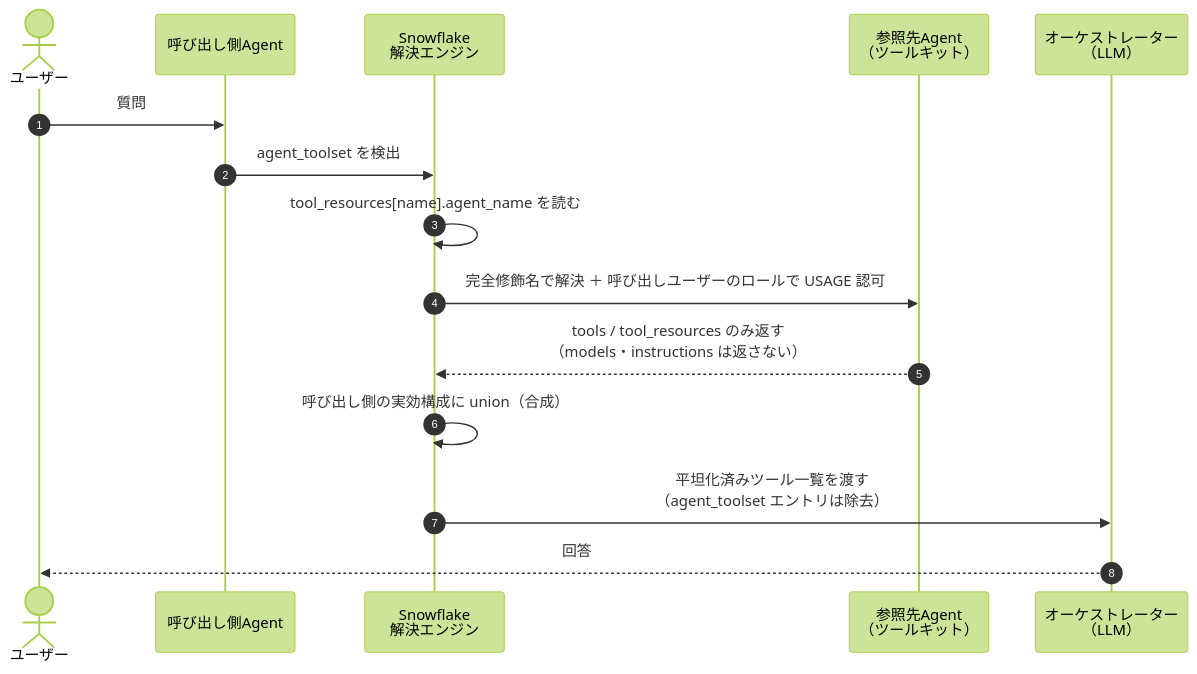
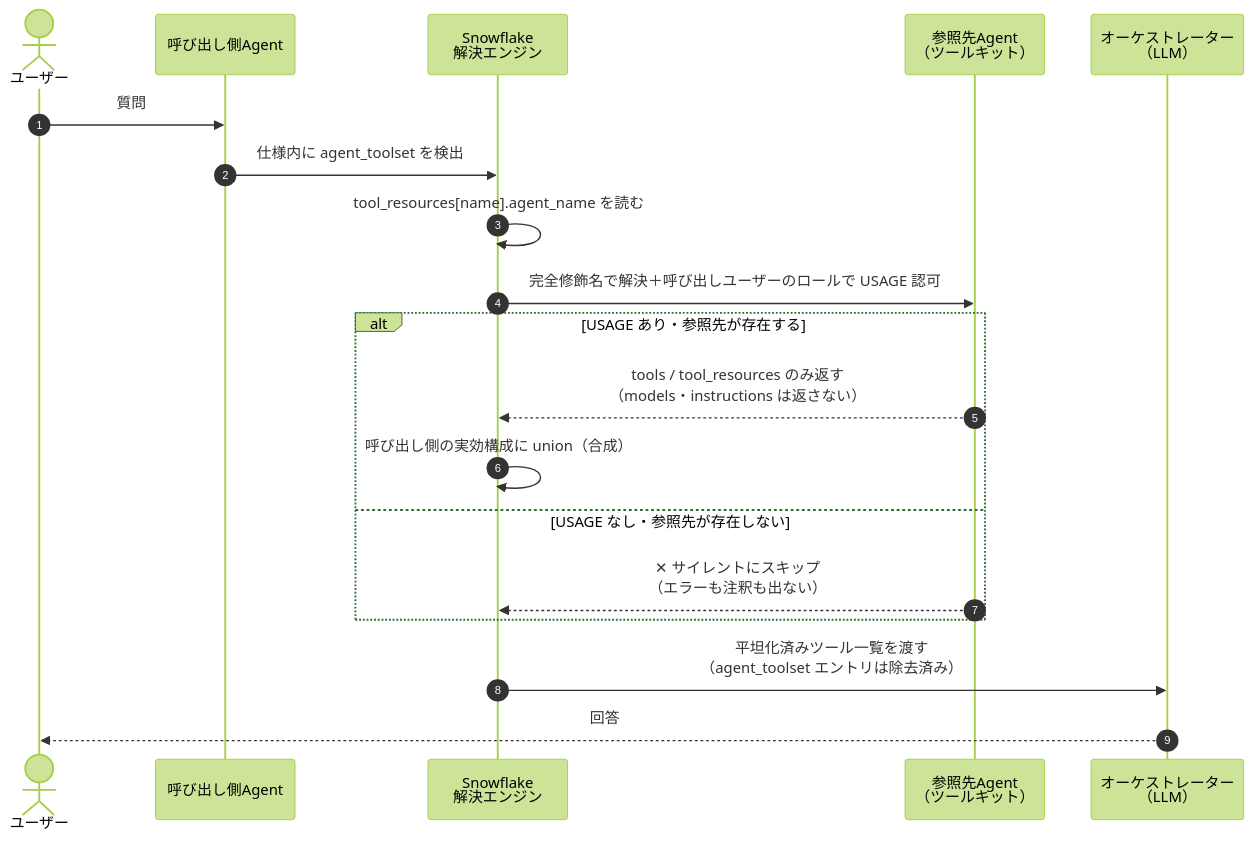
One commit to novexar/novexar-memo changed the fourth of 9 diagrams in snowflake-cortex-learning-guide.md. Above: the diagram before and after it, drawn with Mermaid (forest theme). The commit also changed other lines of this file, not shown here.

````diff
--- a/snowflake-cortex-learning-guide.md
+++ b/snowflake-cortex-learning-guide.md
@@ -667,18 +727,22 @@
 ```mermaid
 sequenceDiagram
     autonumber
     actor U as ユーザー
     participant CA as 呼び出し側Agent
     participant SF as Snowflake<br/>解決エンジン
     participant RA as 参照先Agent<br/>（ツールキット）
     participant OR as オーケストレーター<br/>（LLM）
 
     U->>CA: 質問
-    CA->>SF: agent_toolset を検出
+    CA->>SF: 仕様内に agent_toolset を検出
     SF->>SF: tool_resources[name].agent_name を読む
-    SF->>RA: 完全修飾名で解決 ＋ 呼び出しユーザーのロールで USAGE 認可
-    RA-->>SF: tools / tool_resources のみ返す<br/>（models・instructions は返さない）
-    SF->>SF: 呼び出し側の実効構成に union（合成）
-    SF->>OR: 平坦化済みツール一覧を渡す<br/>（agent_toolset エントリは除去）
+    SF->>RA: 完全修飾名で解決＋呼び出しユーザーのロールで USAGE 認可
+    alt USAGE あり・参照先が存在する
+        RA-->>SF: tools / tool_resources のみ返す<br/>（models・instructions は返さない）
+        SF->>SF: 呼び出し側の実効構成に union（合成）
+    else USAGE なし・参照先が存在しない
+        RA-->>SF: ✕ サイレントにスキップ<br/>（エラーも注釈も出ない）
+    end
+    SF->>OR: 平坦化済みツール一覧を渡す<br/>（agent_toolset エントリは除去済み）
     OR-->>U: 回答
 ```
````
